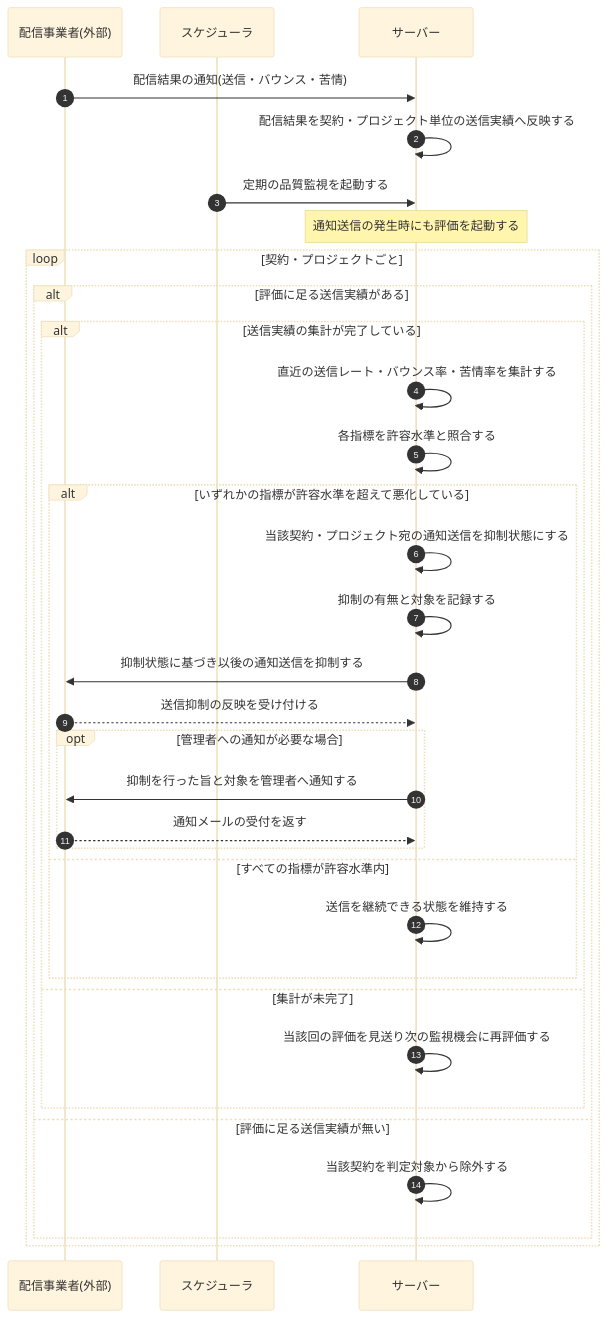
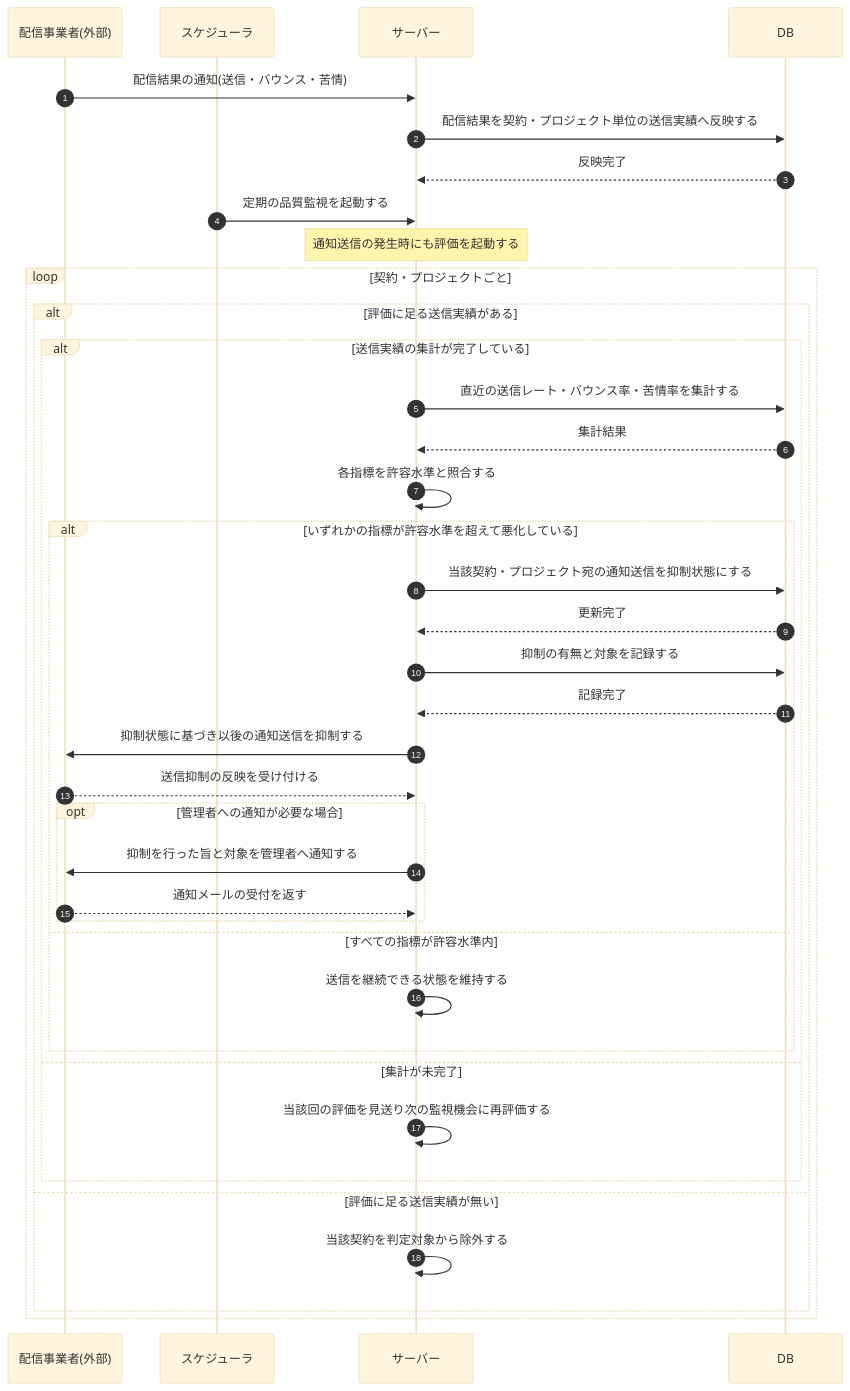
Before and after one commit to sikakou54/open-faq: the diagram in 02_basic_design/03_sequences/SEQ-116.md, drawn with Mermaid (base theme). The commit also changed other lines of this file and 122 other files, not shown here.

First line of the commit message:
シーケンス図に DB アクターを追加(DB 操作をサーバー自己メッセージから分離)

````diff
--- a/02_basic_design/03_sequences/SEQ-116.md
+++ b/02_basic_design/03_sequences/SEQ-116.md
@@ -26,35 +26,40 @@
 ```mermaid
 sequenceDiagram
   autonumber
   participant ESP as 配信事業者(外部)
   participant SCH as スケジューラ
   participant Server as サーバー
+  participant DB as DB
   ESP->>Server: 配信結果の通知(送信・バウンス・苦情)
-  Server->>Server: 配信結果を契約・プロジェクト単位の送信実績へ反映する
+  Server->>DB: 配信結果を契約・プロジェクト単位の送信実績へ反映する
+  DB-->>Server: 反映完了
   SCH->>Server: 定期の品質監視を起動する
   Note over Server: 通知送信の発生時にも評価を起動する
   loop 契約・プロジェクトごと
     alt 評価に足る送信実績がある
       alt 送信実績の集計が完了している
-        Server->>Server: 直近の送信レート・バウンス率・苦情率を集計する
+        Server->>DB: 直近の送信レート・バウンス率・苦情率を集計する
+        DB-->>Server: 集計結果
         Server->>Server: 各指標を許容水準と照合する
         alt いずれかの指標が許容水準を超えて悪化している
-          Server->>Server: 当該契約・プロジェクト宛の通知送信を抑制状態にする
-          Server->>Server: 抑制の有無と対象を記録する
+          Server->>DB: 当該契約・プロジェクト宛の通知送信を抑制状態にする
+          DB-->>Server: 更新完了
+          Server->>DB: 抑制の有無と対象を記録する
+          DB-->>Server: 記録完了
           Server->>ESP: 抑制状態に基づき以後の通知送信を抑制する
           ESP-->>Server: 送信抑制の反映を受け付ける
           opt 管理者への通知が必要な場合
             Server->>ESP: 抑制を行った旨と対象を管理者へ通知する
             ESP-->>Server: 通知メールの受付を返す
           end
         else すべての指標が許容水準内
           Server->>Server: 送信を継続できる状態を維持する
         end
       else 集計が未完了
         Server->>Server: 当該回の評価を見送り次の監視機会に再評価する
       end
     else 評価に足る送信実績が無い
       Server->>Server: 当該契約を判定対象から除外する
     end
   end
 ```
````
